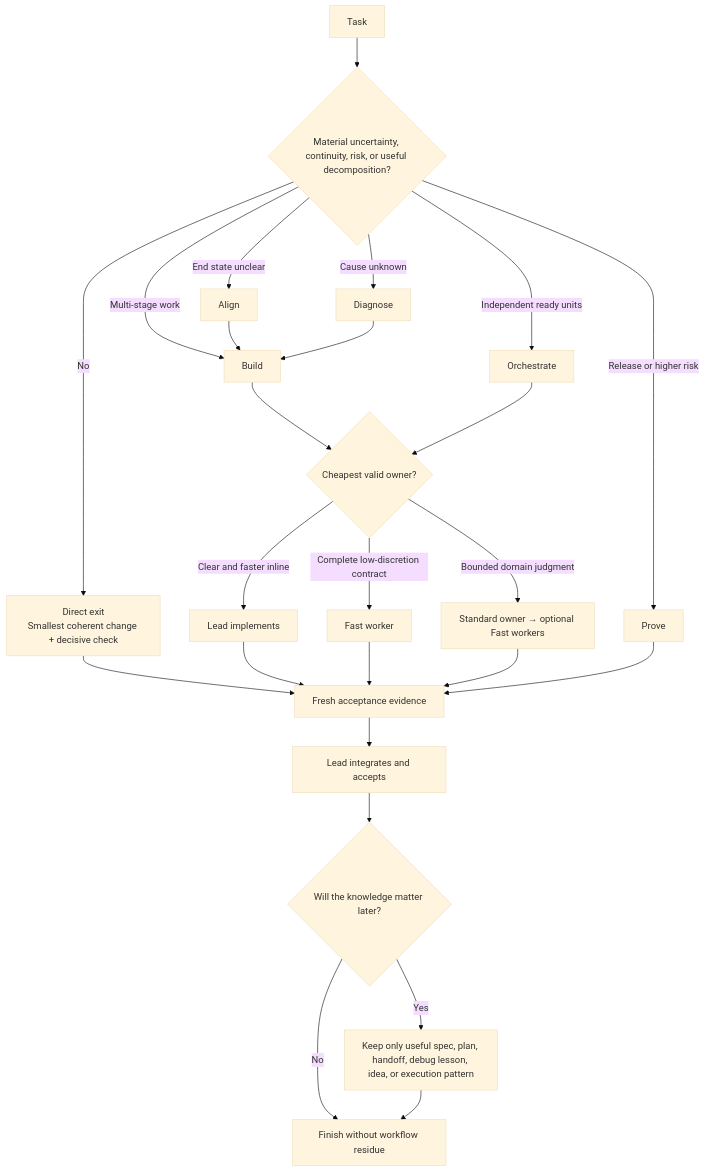
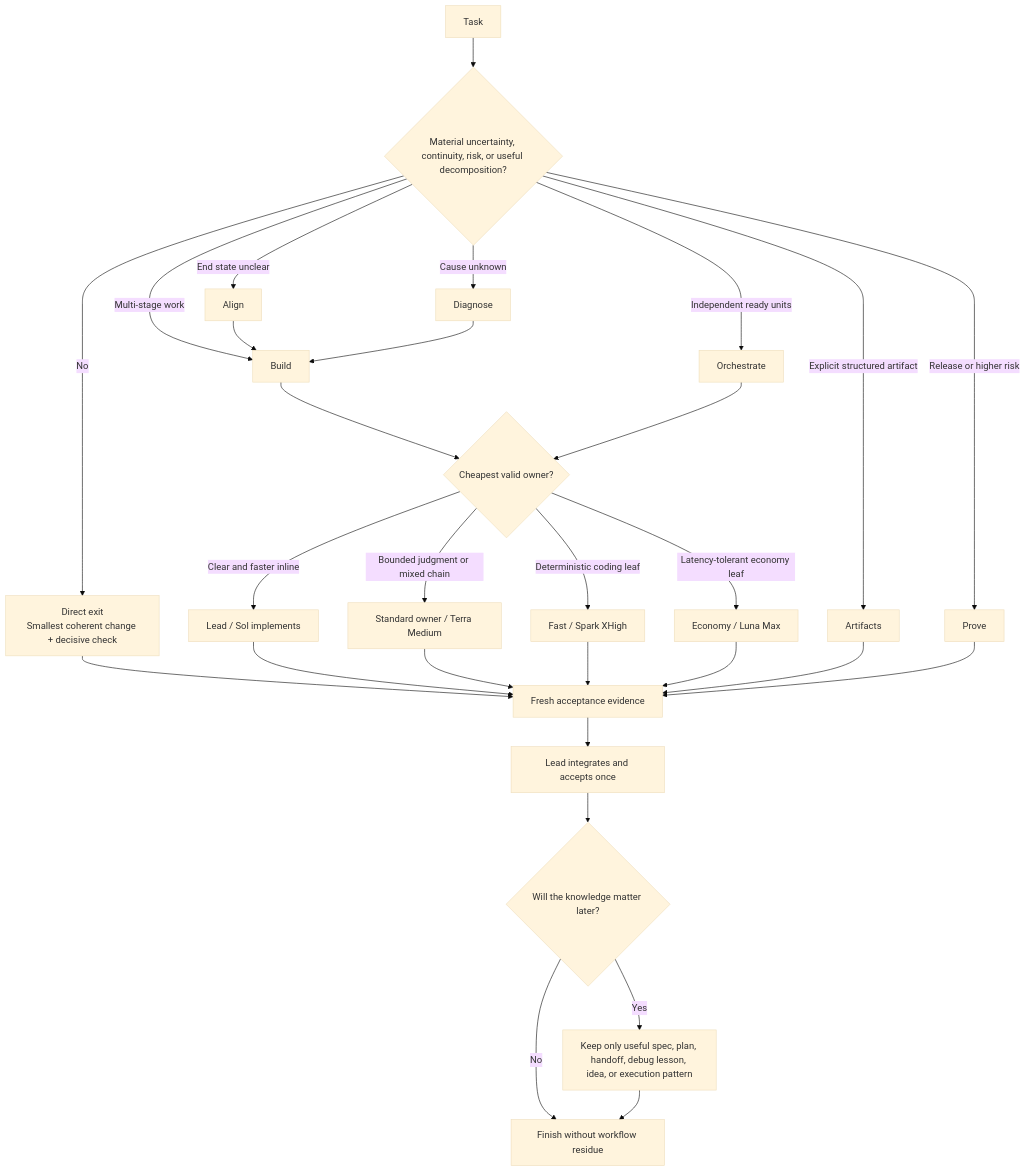
One commit to blackstone2333/goldilocks changed the diagram in README.md. Above: the diagram before and after it, drawn with Mermaid (base theme). The commit also changed other lines of this file and 65 other files, not shown here.

````diff
--- a/README.md
+++ b/README.md
@@ -117,27 +109,31 @@
 ```mermaid
 flowchart TD
     A["Task"] --> B{"Material uncertainty, continuity, risk, or useful decomposition?"}
     B -- "No" --> C["Direct exit<br/>Smallest coherent change + decisive check"]
     B -- "End state unclear" --> D["Align"]
     B -- "Cause unknown" --> E["Diagnose"]
     B -- "Multi-stage work" --> F["Build"]
     B -- "Independent ready units" --> G["Orchestrate"]
     B -- "Release or higher risk" --> H["Prove"]
+    B -- "Explicit structured artifact" --> I["Artifacts"]
     D --> F
     E --> F
     F --> J{"Cheapest valid owner?"}
     G --> J
-    J -- "Clear and faster inline" --> K["Lead implements"]
-    J -- "Complete low-discretion contract" --> L["Fast worker"]
-    J -- "Bounded domain judgment" --> M["Standard owner → optional Fast workers"]
-    C --> N["Fresh acceptance evidence"]
-    K --> N
-    L --> N
-    M --> N
-    H --> N
-    N --> O["Lead integrates and accepts"]
-    O --> P{"Will the knowledge matter later?"}
-    P -- "Yes" --> Q["Keep only useful spec, plan, handoff, debug lesson, idea, or execution pattern"]
-    P -- "No" --> R["Finish without workflow residue"]
-    Q --> R
+    J -- "Clear and faster inline" --> K["Lead / Sol implements"]
+    J -- "Bounded judgment or mixed chain" --> L["Standard owner / Terra Medium"]
+    J -- "Deterministic coding leaf" --> M["Fast / Spark XHigh"]
+    J -- "Latency-tolerant economy leaf" --> N["Economy / Luna Max"]
+    C --> O["Fresh acceptance evidence"]
+    K --> O
+    L --> O
+    M --> O
+    N --> O
+    I --> O
+    H --> O
+    O --> P["Lead integrates and accepts once"]
+    P --> Q{"Will the knowledge matter later?"}
+    Q -- "Yes" --> R["Keep only useful spec, plan, handoff, debug lesson, idea, or execution pattern"]
+    Q -- "No" --> S["Finish without workflow residue"]
+    R --> S
 ```
````
